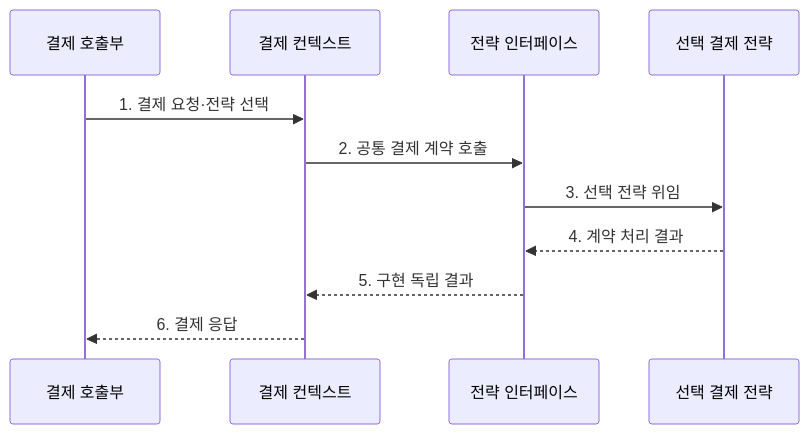
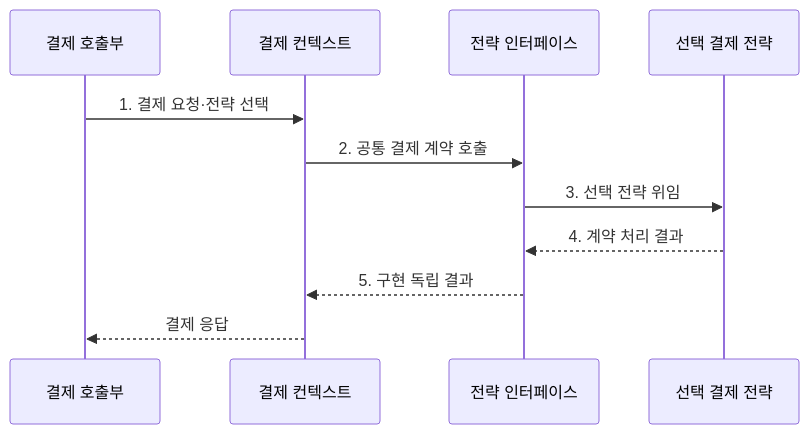
The second of 2 diagrams in src/content/docs/notes/03-software/047_design_patterns_gof.md (agnusdei1207/knowledge-base), drawn with Mermaid before and after one commit. The commit also changed other lines of this file and 238 other files, not shown here.

````diff
--- a/src/content/docs/notes/03-software/047_design_patterns_gof.md
+++ b/src/content/docs/notes/03-software/047_design_patterns_gof.md
@@ -82,14 +84,14 @@
 ```mermaid
 sequenceDiagram
     participant C as 결제 호출부
     participant X as 결제 컨텍스트
     participant I as 전략 인터페이스
     participant S as 선택 결제 전략
 
     C->>X: 1. 결제 요청·전략 선택
     X->>I: 2. 공통 결제 계약 호출
     I->>S: 3. 선택 전략 위임
     S-->>I: 4. 계약 처리 결과
     I-->>X: 5. 구현 독립 결과
-    X-->>C: 6. 결제 응답
+    X-->>C: 결제 응답
 ```
````
